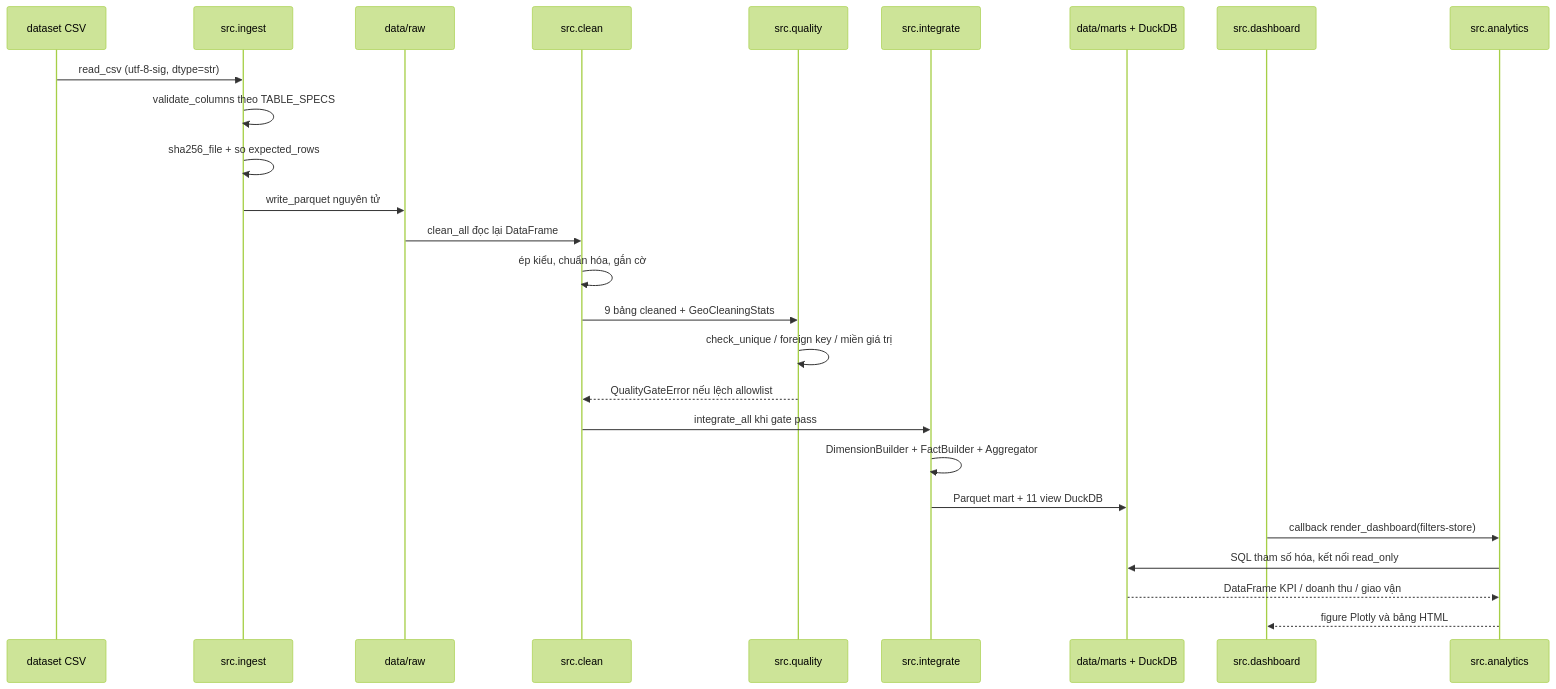
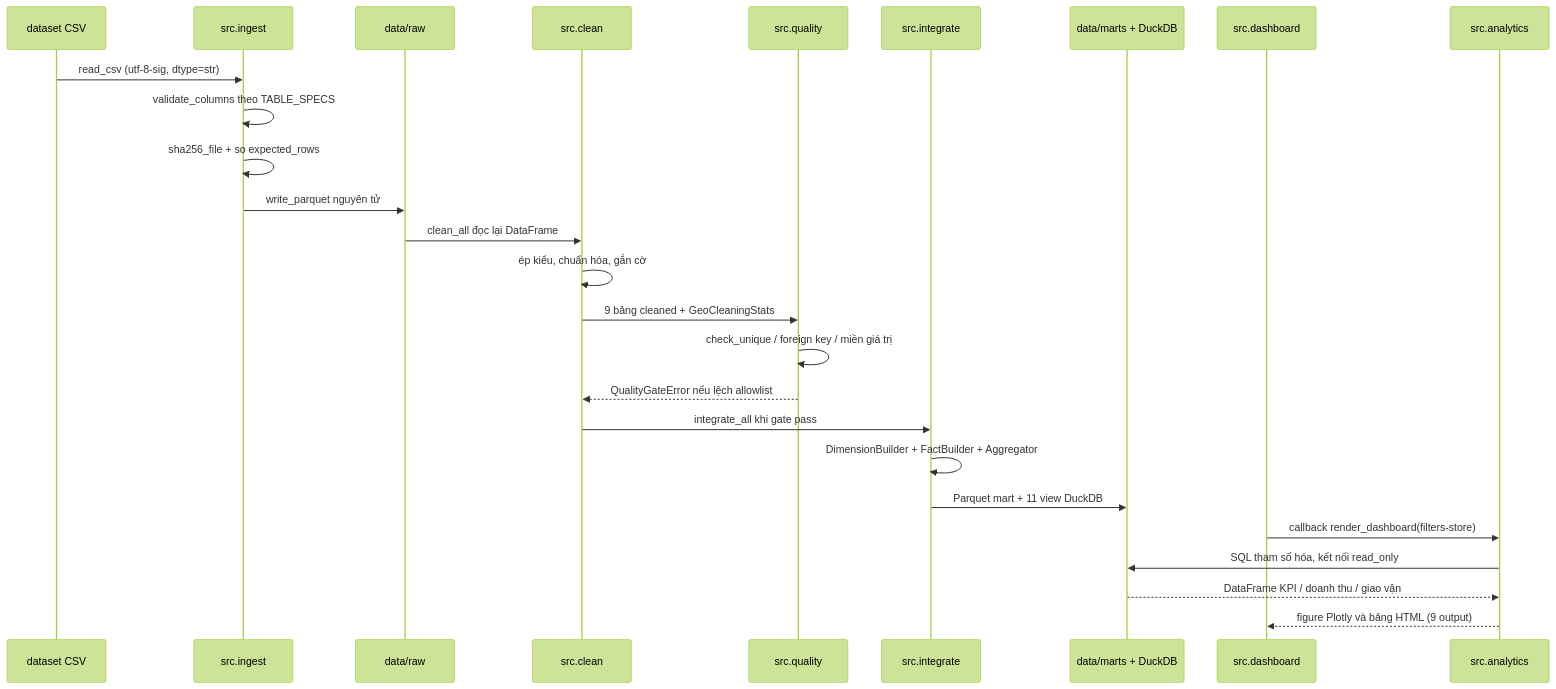
The second of 6 diagrams in aidlc/spaces/default/codekb/Tich-hop-va-xu-li-du-lieu-lon/architecture.md (dominhhiep21/IT5427), drawn with Mermaid (forest theme) before and after one commit. The commit also changed other lines of this file and 501 other files, not shown here.

````diff
--- a/aidlc/spaces/default/codekb/Tich-hop-va-xu-li-du-lieu-lon/architecture.md
+++ b/aidlc/spaces/default/codekb/Tich-hop-va-xu-li-du-lieu-lon/architecture.md
@@ -115,29 +198,29 @@
 ```mermaid
 sequenceDiagram
   participant CSV as dataset CSV
   participant ING as src.ingest
   participant RAW as data/raw
   participant CLN as src.clean
   participant QG as src.quality
   participant INT as src.integrate
   participant MART as data/marts + DuckDB
   participant UI as src.dashboard
   participant SRV as src.analytics
 
   CSV->>ING: read_csv (utf-8-sig, dtype=str)
   ING->>ING: validate_columns theo TABLE_SPECS
   ING->>ING: sha256_file + so expected_rows
   ING->>RAW: write_parquet nguyên tử
   RAW->>CLN: clean_all đọc lại DataFrame
   CLN->>CLN: ép kiểu, chuẩn hóa, gắn cờ
   CLN->>QG: 9 bảng cleaned + GeoCleaningStats
   QG->>QG: check_unique / foreign key / miền giá trị
   QG-->>CLN: QualityGateError nếu lệch allowlist
   CLN->>INT: integrate_all khi gate pass
   INT->>INT: DimensionBuilder + FactBuilder + Aggregator
   INT->>MART: Parquet mart + 11 view DuckDB
   UI->>SRV: callback render_dashboard(filters-store)
   SRV->>MART: SQL tham số hóa, kết nối read_only
   MART-->>SRV: DataFrame KPI / doanh thu / giao vận
-  SRV-->>UI: figure Plotly và bảng HTML
+  SRV-->>UI: figure Plotly và bảng HTML (9 output)
 ```
````
